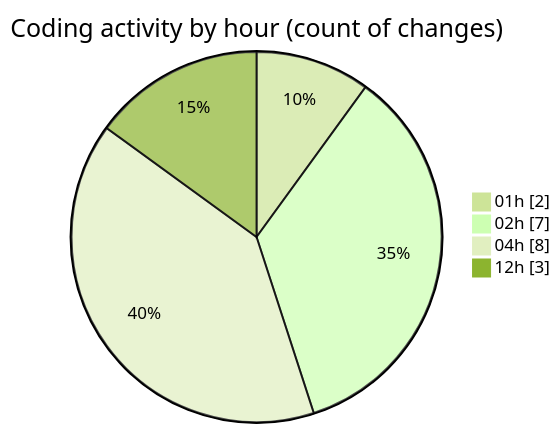
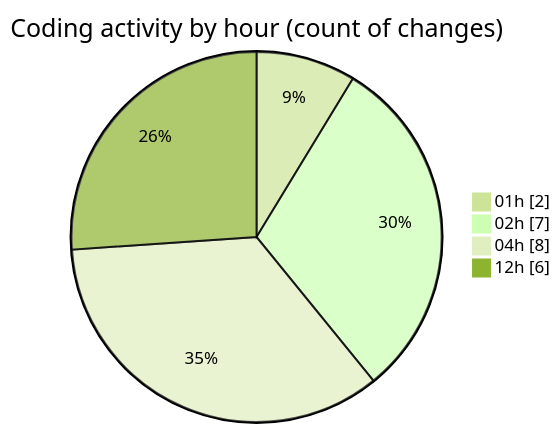
The second of 2 diagrams in 2025-08-11/rentotp/README.md (lephambinh05/code-tracking), drawn with Mermaid (forest theme) before and after one commit. The commit also changed other lines of this file and 1 other file, not shown here.

````diff
--- a/2025-08-11/rentotp/README.md
+++ b/2025-08-11/rentotp/README.md
@@ -32,8 +36,8 @@
 ```mermaid
 pie showData
 title Coding activity by hour (count of changes)
 "01h" : 2
 "02h" : 7
 "04h" : 8
-"12h" : 3
+"12h" : 6
 ```
````
